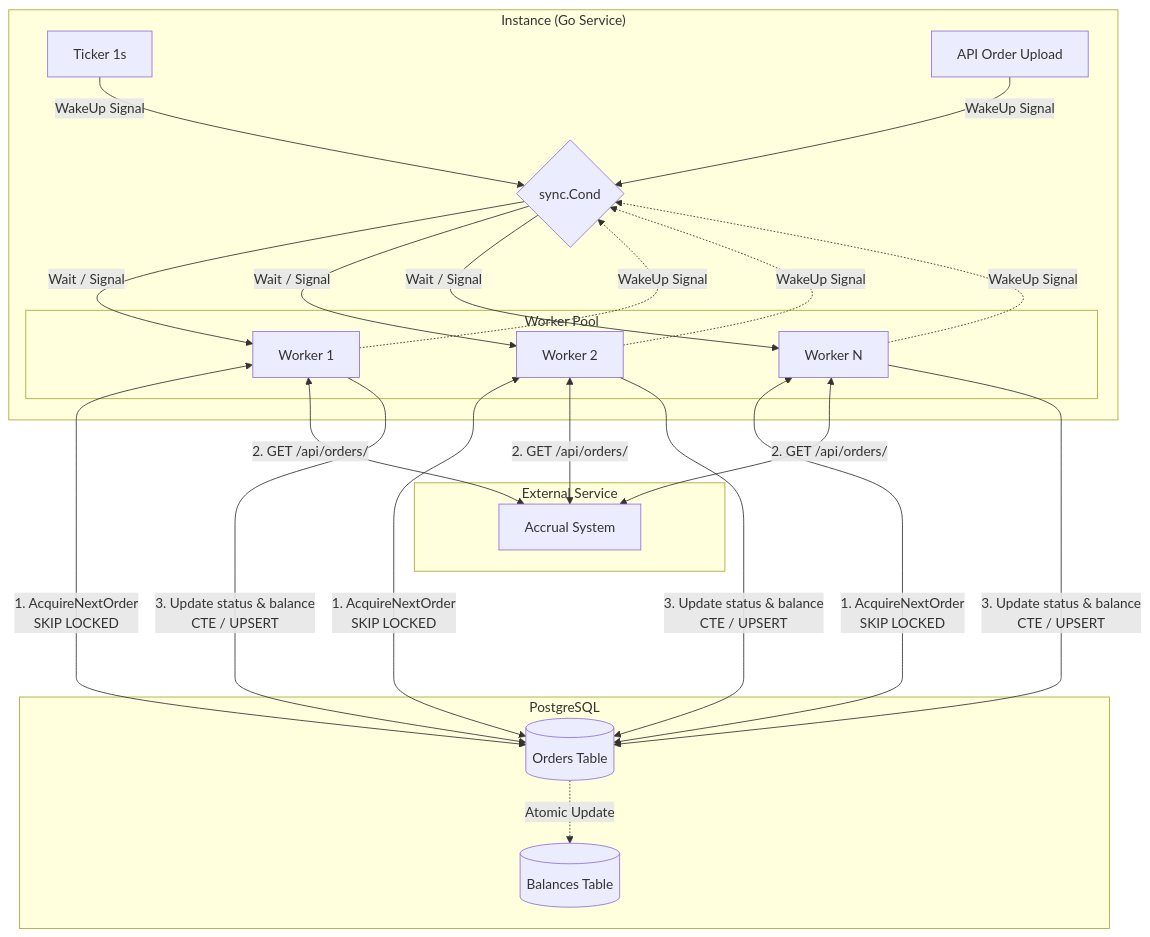
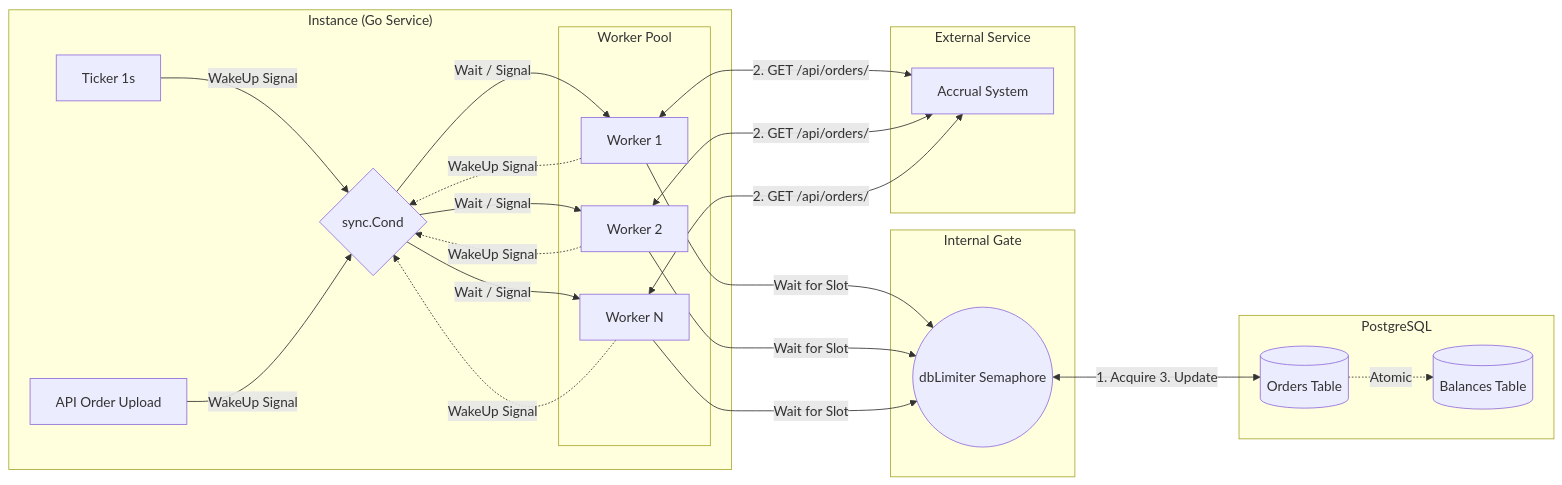
Before and after one commit to IlVin/gmart: the diagram in internal/service/workers/README.md, drawn with Mermaid. The commit also changed other lines of this file, not shown here.

````diff
--- a/internal/service/workers/README.md
+++ b/internal/service/workers/README.md
@@ -32,35 +38,34 @@
 ```mermaid
-graph TD
-    subgraph "Instance (Go Service)"
-        T[Ticker 1s] -->|WakeUp Signal| C{sync.Cond}
-        API[API Order Upload] -->|WakeUp Signal| C
-        
-        subgraph "Worker Pool"
-            W1[Worker 1]
-            W2[Worker 2]
-            WN[Worker N]
-        end
-        
-        C -->|Wait / Signal| W1
-        C -->|Wait / Signal| W2
-        C -->|Wait / Signal| WN
-
-        W1 -.->|WakeUp Signal| C
-        W2 -.->|WakeUp Signal| C
-        WN -.->|WakeUp Signal| C
-    end
-
-    subgraph "PostgreSQL"
-        DB[(Orders Table)]
-        BAL[(Balances Table)]
-    end
-
-    subgraph "External Service"
-        EXT[Accrual System]
-    end
-
-    W1 & W2 & WN <-->|1. AcquireNextOrder <br/> SKIP LOCKED| DB
-    W1 & W2 & WN <-->|2. GET /api/orders/| EXT
-    W1 & W2 & WN ---->|3. Update status & balance <br/> CTE / UPSERT| DB
-    DB -.->|Atomic Update| BAL
+graph LR
+subgraph "Instance (Go Service)"
+T[Ticker 1s] -->|WakeUp Signal| C{sync.Cond}
+API[API Order Upload] -->|WakeUp Signal| C
+subgraph "Worker Pool"
+W1[Worker 1]
+W2[Worker 2]
+WN[Worker N]
+end
+C -->|Wait / Signal| W1
+C -->|Wait / Signal| W2
+C -->|Wait / Signal| WN
+W1 -.->|WakeUp Signal| C
+W2 -.->|WakeUp Signal| C
+WN -.->|WakeUp Signal| C
+end
+subgraph "Internal Gate"
+SEM((dbLimiter Semaphore))
+end
+subgraph "PostgreSQL"
+DB[(Orders Table)]
+BAL[(Balances Table)]
+end
+subgraph "External Service"
+EXT[Accrual System]
+end
+%% Потоки к БД (вправо)
+W1 & W2 & WN -->|Wait for Slot| SEM
+SEM <-->|1. Acquire 3. Update| DB
+DB -.->|Atomic| BAL
+%% Потоки к внешнему сервису (вниз)
+W1 & W2 & WN <-->|2. GET /api/orders/| EXT
 ```
````
